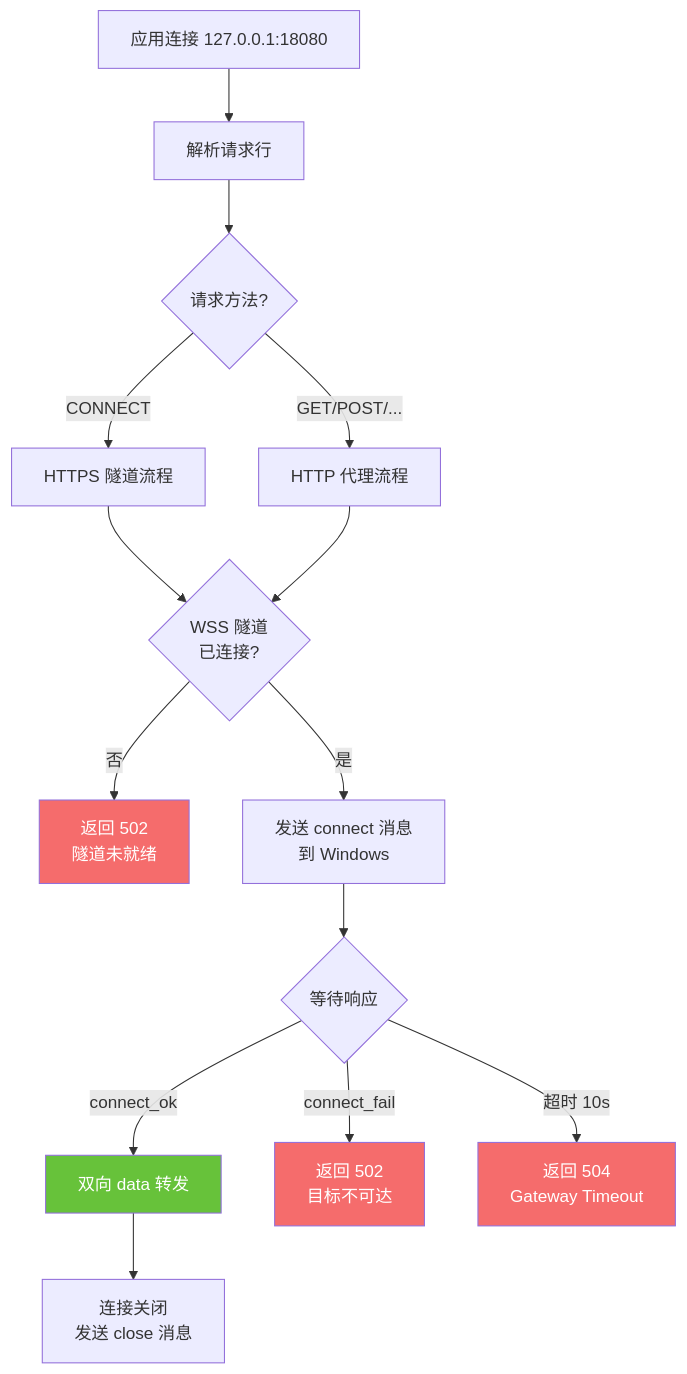
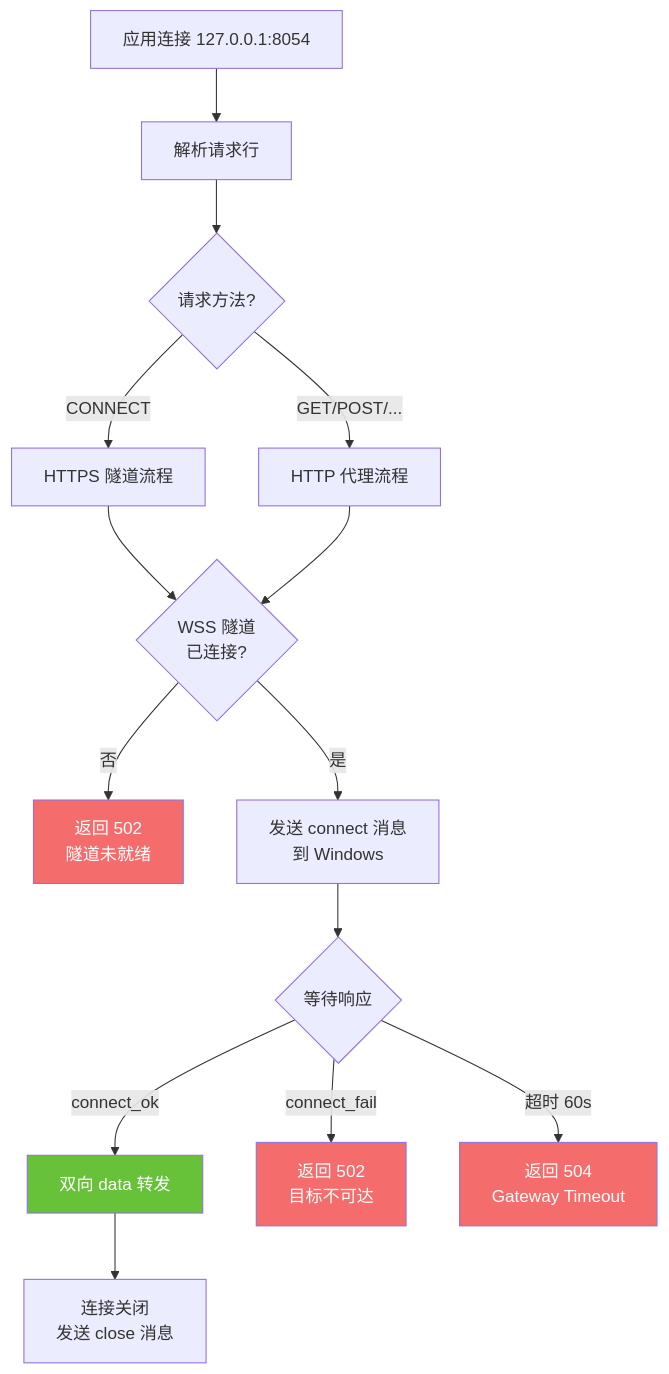
Before and after one commit to scutshuxue/ai-coding-research: diagram 11 of 18 in dev_project/proxy-tunnel/wss-tunnel-design.md, drawn with Mermaid. The commit also changed other lines of this file and 1 other file, not shown here.

````diff
--- a/dev_project/proxy-tunnel/wss-tunnel-design.md
+++ b/dev_project/proxy-tunnel/wss-tunnel-design.md
@@ -478,26 +489,26 @@
 ```mermaid
 flowchart TD
-    CLIENT["应用连接 127.0.0.1:18080"] --> PARSE["解析请求行"]
+    CLIENT["应用连接 127.0.0.1:8054"] --> PARSE["解析请求行"]
     PARSE --> METHOD{"请求方法?"}
 
     METHOD -->|"CONNECT"| CONNECT_FLOW["HTTPS 隧道流程"]
     METHOD -->|"GET/POST/..."| HTTP_FLOW["HTTP 代理流程"]
 
     CONNECT_FLOW --> CHECK_TUNNEL{"WSS 隧道<br/>已连接?"}
     HTTP_FLOW --> CHECK_TUNNEL
 
     CHECK_TUNNEL -->|"否"| ERR502["返回 502<br/>隧道未就绪"]
     CHECK_TUNNEL -->|"是"| SEND_CONNECT["发送 connect 消息<br/>到 Windows"]
 
     SEND_CONNECT --> WAIT{"等待响应"}
     WAIT -->|"connect_ok"| RELAY["双向 data 转发"]
     WAIT -->|"connect_fail"| ERR502_2["返回 502<br/>目标不可达"]
-    WAIT -->|"超时 10s"| ERR504["返回 504<br/>Gateway Timeout"]
+    WAIT -->|"超时 60s"| ERR504["返回 504<br/>Gateway Timeout"]
 
     RELAY --> DONE["连接关闭<br/>发送 close 消息"]
 
     style ERR502 fill:#f56c6c,color:#fff
     style ERR502_2 fill:#f56c6c,color:#fff
     style ERR504 fill:#f56c6c,color:#fff
     style RELAY fill:#67c23a,color:#fff
 ```
````
